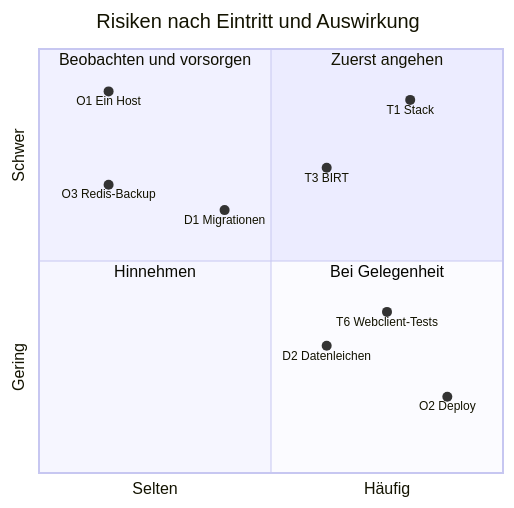
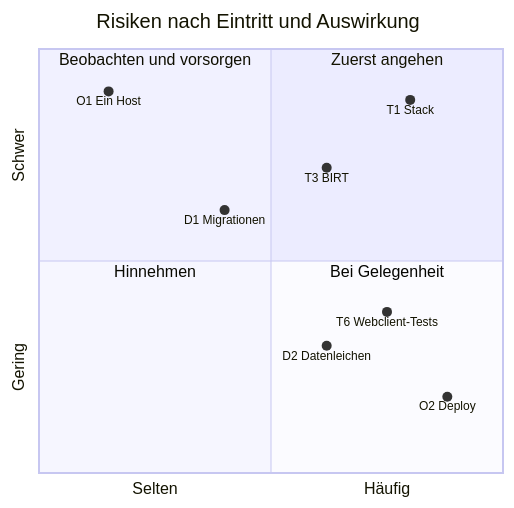
One commit to HBTGmbH/hbt-power changed the diagram in docs/arc42/11-risiken-und-technische-schulden.md. Above: the diagram before and after it, drawn with Mermaid. The commit also changed other lines of this file and 1 other file, not shown here.

Commit message:
#251 - Redis-Backup in arc42: täglicher Dump, Risiko O3 entfällt (#275)
Der Dump selbst liegt im Deploy-Repository (pwr-compose-deploy,
Container redis-backup, REDIS-BACKUP.md). Kapitel 7 zeigt ihn im Bild
und in der Tabelle, O3 in Kapitel 11 entfällt; #52 sagt, dass er mit der
Ablösung von Redis wieder gehen kann.

````diff
--- a/docs/arc42/11-risiken-und-technische-schulden.md
+++ b/docs/arc42/11-risiken-und-technische-schulden.md
@@ -5,18 +5,17 @@
 ```mermaid
 quadrantChart
     title Risiken nach Eintritt und Auswirkung
     x-axis Selten --> Häufig
     y-axis Gering --> Schwer
     quadrant-1 Zuerst angehen
     quadrant-2 Beobachten und vorsorgen
     quadrant-3 Hinnehmen
     quadrant-4 Bei Gelegenheit
     T1 Stack: [0.8, 0.88]
     O1 Ein Host: [0.15, 0.9]
-    O3 Redis-Backup: [0.15, 0.68]
     T3 BIRT: [0.62, 0.72]
     D1 Migrationen: [0.4, 0.62]
     T6 Webclient-Tests: [0.75, 0.38]
     D2 Datenleichen: [0.62, 0.3]
     O2 Deploy: [0.88, 0.18]
 ```
````
